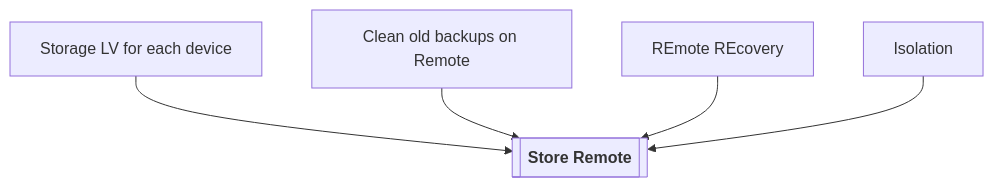
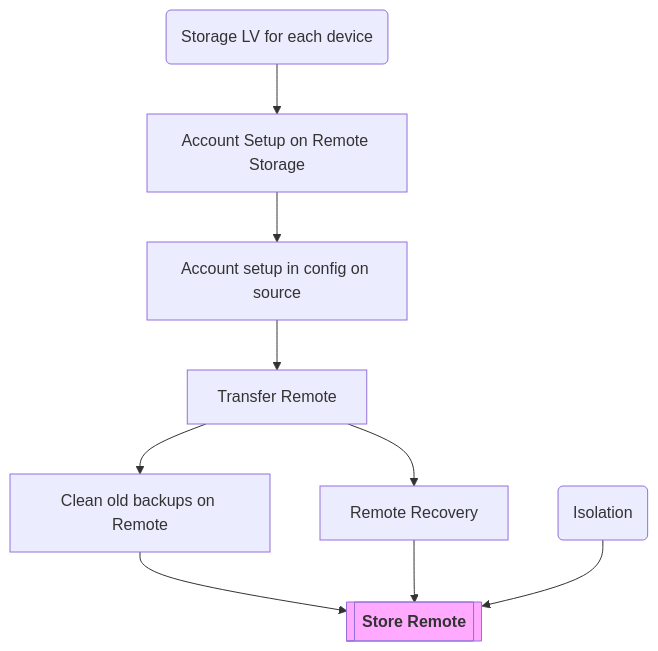
Before and after one commit to clintwebb/bakker: the fourth of 6 diagrams in notes/plan.md, drawn with Mermaid. The commit also changed other lines of this file, not shown here.

````diff
--- a/notes/plan.md
+++ b/notes/plan.md
@@ -64,14 +68,25 @@
 ```mermaid
 flowchart TD;
     %% To mark an item as completed (green)
     %% style EXAMPLE fill:#afa
 
     %% To provide a link
     %% A[<a href='https://google.com'>works</a>]
 
-    FEAT_LV_EACH[Storage LV for each device] --> TARG_REMOTE
-    FEAT_REMOTE_CLEAN[Clean old backups on Remote] --> TARG_REMOTE
-    FEAT_REMOTE_RECOVER[REmote REcovery] --> TARG_REMOTE
-    FEAT_ISOLATION[Isolation] --> TARG_REMOTE
-    TARG_REMOTE[["`**Store Remote**`"]]
+    FUNC_LV_EACH(Storage LV for each device) -->
+
+    FEAT_ACCOUNT_SETUP[Account Setup on Remote Storage] -->
+    FEAT_ACCOUNT_SRC[Account setup in config on source] -->
+    FEAT_TRANSFER_REMOTE[Transfer Remote]  -->
+    FEAT_REMOTE_CLEAN[Clean old backups on Remote] --> TARGET
+
+    FEAT_REMOTE_RECOVER[Remote Recovery] --> TARGET
+    FEAT_TRANSFER_REMOTE --> FEAT_REMOTE_RECOVER
+
+    %% Ensure different accounts have no ability to access resources from other accounts.
+    FUNC_ISOLATION(Isolation) --> TARGET
+
+    TARGET[["`**Store Remote**`"]]
+    style TARGET fill:#faf
+
 ```
````
